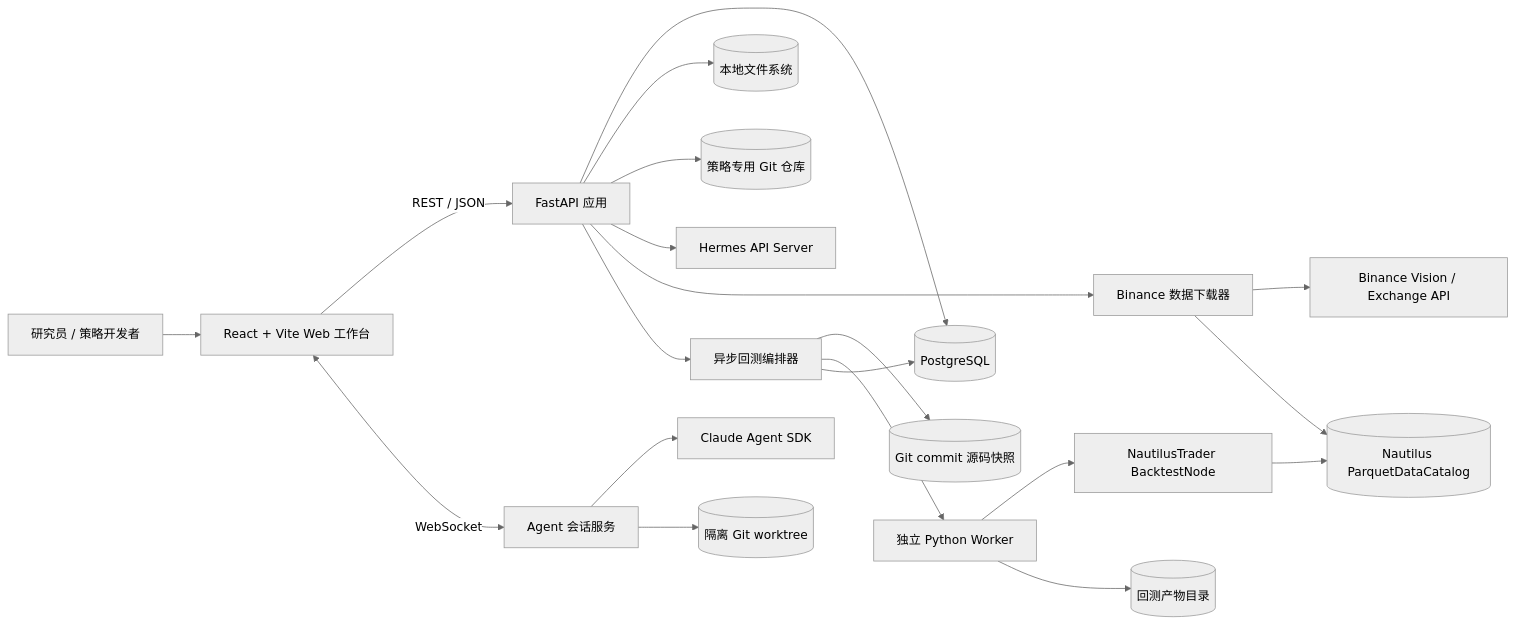
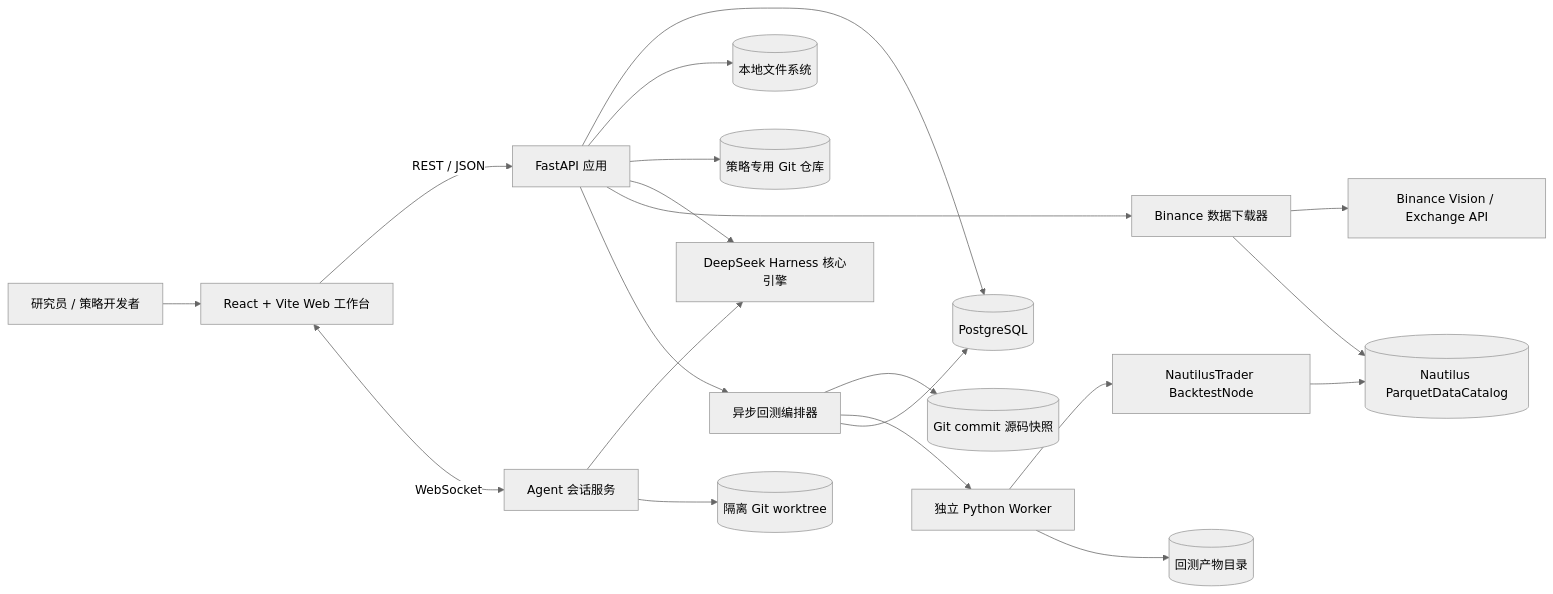
One commit to aoldiot/QuantLab changed the first of 5 diagrams in docs/PROJECT_ARCHITECTURE.md. Above: the diagram before and after it, drawn with Mermaid (neutral theme). The commit also changed other lines of this file and 18 other files, not shown here.

````diff
--- a/docs/PROJECT_ARCHITECTURE.md
+++ b/docs/PROJECT_ARCHITECTURE.md
@@ -48,25 +47,25 @@
 ```mermaid
 flowchart LR
     U["研究员 / 策略开发者"] --> FE["React + Vite Web 工作台"]
     FE -->|"REST / JSON"| API["FastAPI 应用"]
     FE <-->|"WebSocket"| AG["Agent 会话服务"]
 
     API --> PG[("PostgreSQL")]
     API --> FS[("本地文件系统")]
     API --> GR[("策略专用 Git 仓库")]
-    API --> H["Hermes API Server"]
-    AG --> CA["Claude Agent SDK"]
+    API --> DSH["DeepSeek Harness 核心引擎"]
+    AG --> DSH
     AG --> WT[("隔离 Git worktree")]
 
     API --> DL["Binance 数据下载器"]
     DL --> BV["Binance Vision / Exchange API"]
     DL --> CAT[("Nautilus ParquetDataCatalog")]
 
     API --> RUN["异步回测编排器"]
     RUN --> SNAP[("Git commit 源码快照")]
     RUN --> WK["独立 Python Worker"]
     WK --> NT["NautilusTrader BacktestNode"]
     NT --> CAT
     WK --> ART[("回测产物目录")]
     RUN --> PG
 ```
````
